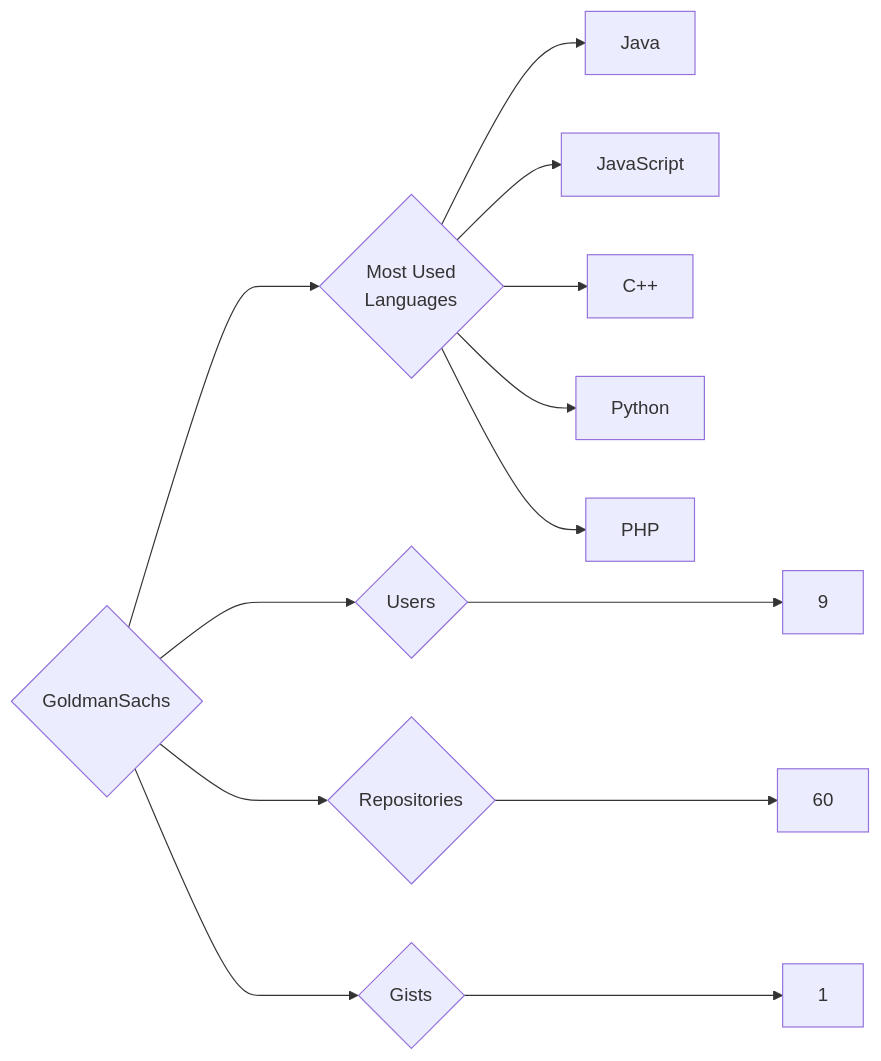
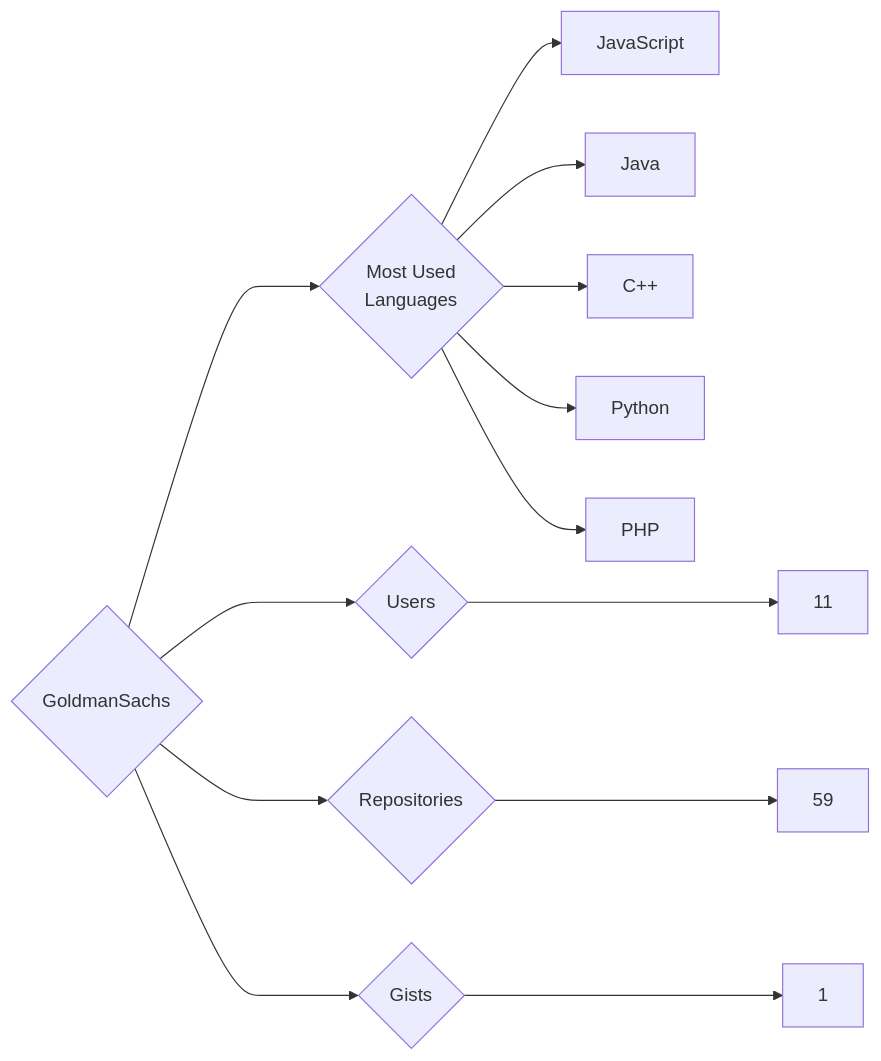
The diagram in targets/GoldmanSachs/README.md (trickest/insiders), drawn with Mermaid before and after one commit. The commit also changed 1120 other files, not shown here.

````diff
--- a/targets/GoldmanSachs/README.md
+++ b/targets/GoldmanSachs/README.md
@@ -3,13 +3,13 @@
 ```mermaid
 graph LR
 COMPANY_NAME{GoldmanSachs}
-COMPANY_NAME ---> U{Users} ---> UN[9]
-COMPANY_NAME ---> R{Repositories} ---> RN[60]
+COMPANY_NAME ---> U{Users} ---> UN[11]
+COMPANY_NAME ---> R{Repositories} ---> RN[59]
 COMPANY_NAME ---> G{Gists} ---> GN[1]
 COMPANY_NAME ---> ML{Most Used<br>Languages}
+ML --> JavaScript[JavaScript]
 ML --> Java[Java]
-ML --> JavaScript[JavaScript]
 ML --> C++[C++]
 ML --> Python[Python]
 ML --> PHP[PHP]
 ```
````
